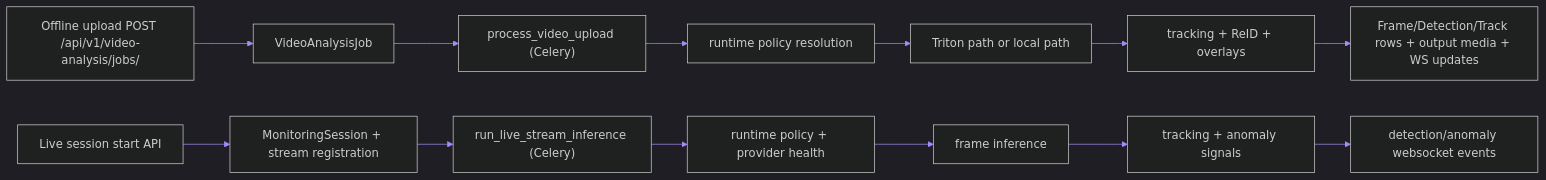
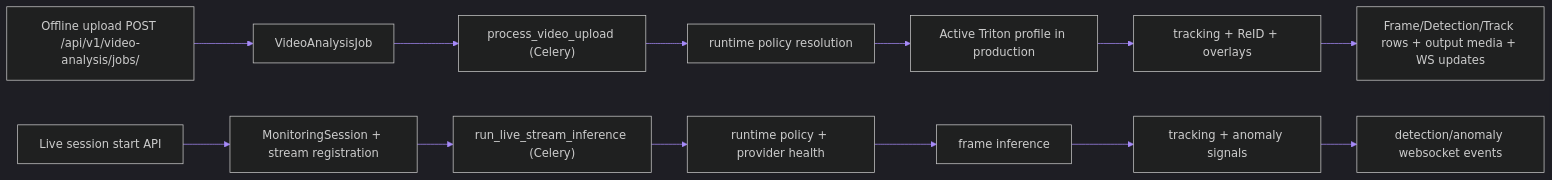
Before and after one commit to ahmedelbamby-aast/Grad-Project-Docs: the second of 4 diagrams in docs/ARCHITECTURE.md, drawn with Mermaid. The commit also changed other lines of this file and 2792 other files, not shown here.

````diff
--- a/docs/ARCHITECTURE.md
+++ b/docs/ARCHITECTURE.md
@@ -86,17 +86,17 @@
 ```mermaid
 %%{init: {'theme': 'dark', 'themeVariables': {'primaryColor': '#7C3AED', 'lineColor': '#A78BFA'}}}%%
 flowchart LR
     Upload["Offline upload POST /api/v1/video-analysis/jobs/"] --> Job["VideoAnalysisJob"]
     Job --> Queue["process_video_upload (Celery)"]
     Queue --> Policy["runtime policy resolution"]
-    Policy --> Infer["Triton path or local path"]
+    Policy --> Infer["Active Triton profile in production"]
     Infer --> Track["tracking + ReID + overlays"]
     Track --> Persist["Frame/Detection/Track rows + output media + WS updates"]
 
     Live["Live session start API"] --> Session["MonitoringSession + stream registration"]
     Session --> LiveTask["run_live_stream_inference (Celery)"]
     LiveTask --> LivePolicy["runtime policy + provider health"]
     LivePolicy --> LiveInfer["frame inference"]
     LiveInfer --> LiveTrack["tracking + anomaly signals"]
     LiveTrack --> LiveWs["detection/anomaly websocket events"]
 ```
````
